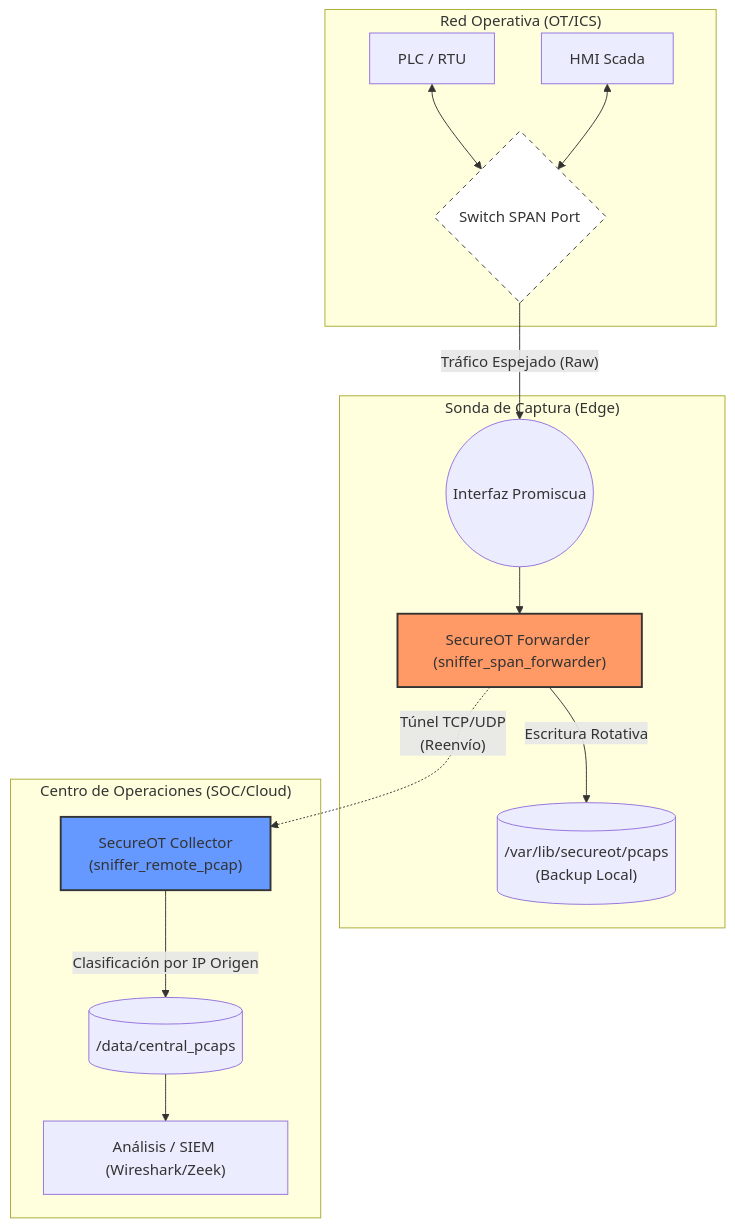
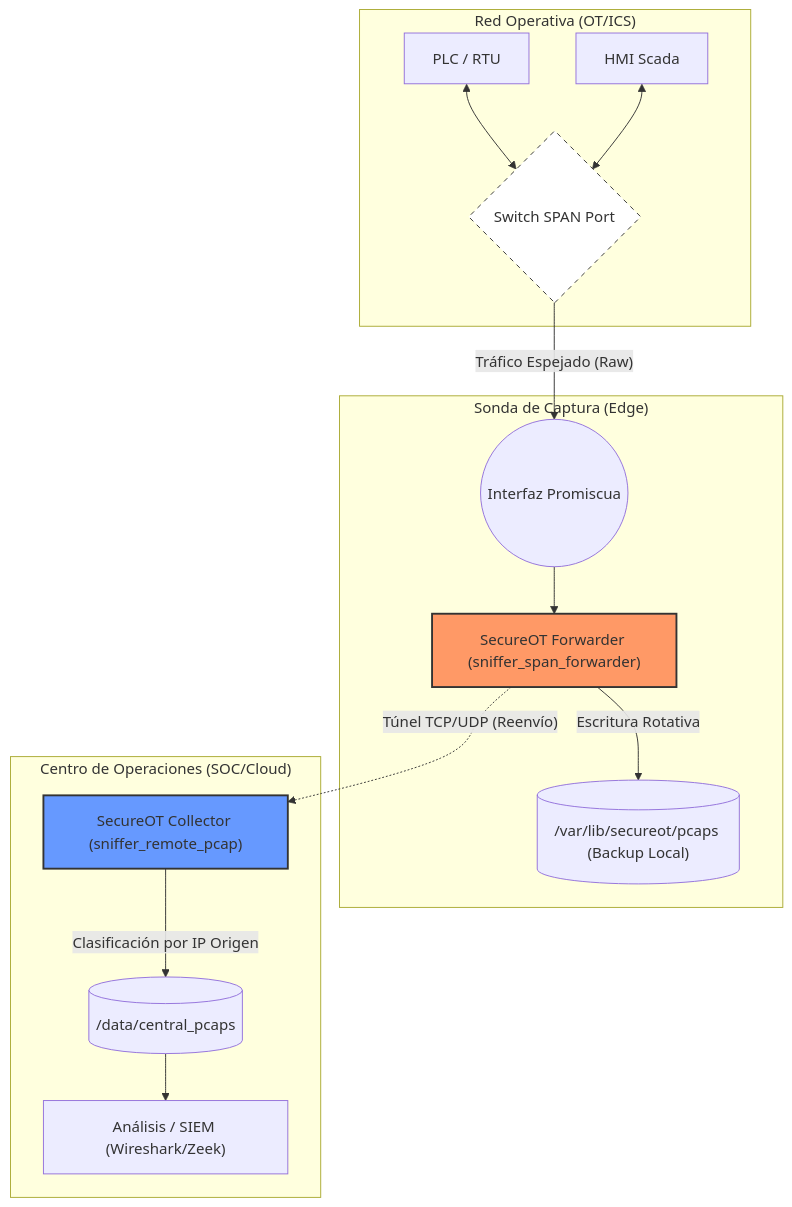
One commit to secureot/secureot-agent changed the diagram in README.md. Above: the diagram before and after it, drawn with Mermaid.

Commit message:
Fix formatting in README.md for clarity

````diff
--- a/README.md
+++ b/README.md
@@ -63,35 +63,35 @@
 ```mermaid
 flowchart TD
     subgraph OT_Network ["Red Operativa (OT/ICS)"]
         PLC[PLC / RTU]
         HMI[HMI Scada]
         Switch{Switch SPAN Port}
         
         PLC <--> Switch
         HMI <--> Switch
     end
 
     subgraph Edge_Compute ["Sonda de Captura (Edge)"]
         NicIn((Interfaz Promiscua))
         Agent["SecureOT Forwarder (sniffer_span_forwarder)"]
-        LocalStore[("/var/lib/secureot/pcaps\n(Backup Local)")]
+        LocalStore[("/var/lib/secureot/pcaps (Backup Local)")]
         
         Switch -- "Tráfico Espejado (Raw)" --> NicIn
         NicIn --> Agent
         Agent --> |"Escritura Rotativa"| LocalStore
     end
 
     subgraph Corporate_Cloud ["Centro de Operaciones (SOC/Cloud)"]
-        Collector["SecureOT Collector\n(sniffer_remote_pcap)"]
+        Collector["SecureOT Collector (sniffer_remote_pcap)"]
         CentralStore[("/data/central_pcaps")]
         SIEM["Análisis / SIEM (Wireshark/Zeek)"]
 
-        Agent -.-> |"Túnel TCP/UDP\n(Reenvío)"| Collector
+        Agent -.-> |"Túnel TCP/UDP (Reenvío)"| Collector
         Collector --> |"Clasificación por IP Origen"| CentralStore
         CentralStore --> SIEM
     end
 
     style Agent fill:#f96,stroke:#333,stroke-width:2px
     style Collector fill:#69f,stroke:#333,stroke-width:2px
     style Switch fill:#fff,stroke:#333,stroke-dasharray: 5 5
 ```
````
